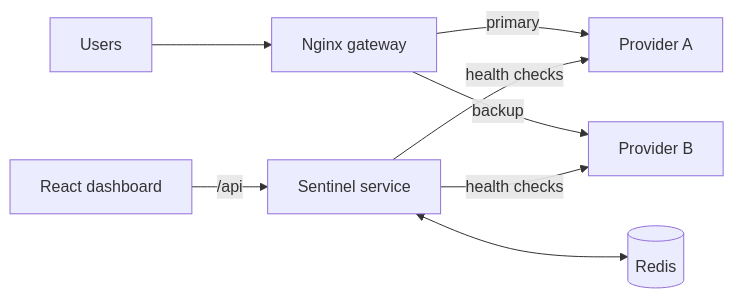
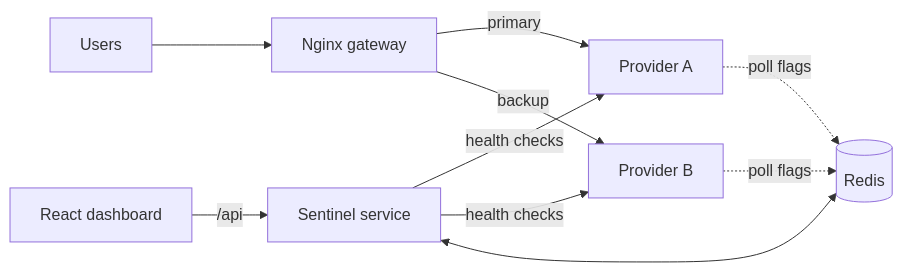
One commit to tkesharwani285-design/sentinel-cloud-resilience-monitor changed the diagram in README.md. Above: the diagram before and after it, drawn with Mermaid. The commit also changed other lines of this file, not shown here.

Commit message:
README: resilience testing, known limitations, updated roadmap

````diff
--- a/README.md
+++ b/README.md
@@ -21,10 +25,12 @@
 ```mermaid
 flowchart LR
   U[Users] --> N[Nginx gateway]
   N -->|primary| A[Provider A]
   N -->|backup| B[Provider B]
   S[Sentinel service] -->|health checks| A
   S -->|health checks| B
   S <--> R[(Redis)]
+  A -.->|poll flags| R
+  B -.->|poll flags| R
   D[React dashboard] -->|/api| S
 ```
````
